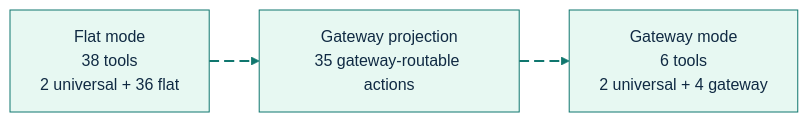
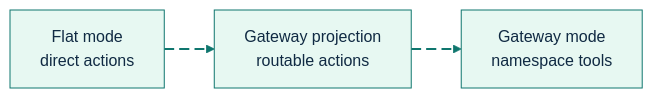
The first of 2 diagrams in docs/feature-deep-dives/tool-gateway.md (GlitterKill/sdl-mcp), drawn with Mermaid before and after one commit. The commit also changed other lines of this file and 9 other files, not shown here.

````diff
--- a/docs/feature-deep-dives/tool-gateway.md
+++ b/docs/feature-deep-dives/tool-gateway.md
@@ -7,19 +7,19 @@
 ```mermaid
 %%{init: {"theme":"base","themeVariables":{"background":"#ffffff","primaryColor":"#E7F8F2","primaryBorderColor":"#0F766E","primaryTextColor":"#102A43","secondaryColor":"#E8F1FF","secondaryBorderColor":"#2563EB","secondaryTextColor":"#102A43","tertiaryColor":"#FFF4D6","tertiaryBorderColor":"#B45309","tertiaryTextColor":"#102A43","lineColor":"#0F766E","textColor":"#102A43","fontFamily":"Inter, ui-sans-serif, system-ui, -apple-system, BlinkMacSystemFont, Segoe UI, sans-serif"},"flowchart":{"curve":"basis","htmlLabels":true}}}%%
 flowchart LR
-    Flat["Flat mode<br/>38 tools<br/>2 universal + 36 flat"]
-    Shrink["Gateway projection<br/>35 gateway-routable actions"]
-    Gateway["Gateway mode<br/>6 tools<br/>2 universal + 4 gateway"]
+    Flat["Flat mode<br/>direct actions"]
+    Shrink["Gateway projection<br/>routable actions"]
+    Gateway["Gateway mode<br/>namespace tools"]
 
     Flat e1@--> Shrink
     Shrink e2@--> Gateway
 
     classDef source fill:#E7F8F2,stroke:#0F766E,stroke-width:2px,color:#102A43;
     classDef process fill:#E8F1FF,stroke:#2563EB,stroke-width:2px,color:#102A43;
     classDef decision fill:#FFF4D6,stroke:#B45309,stroke-width:2px,color:#102A43;
     classDef storage fill:#F2E8FF,stroke:#7C3AED,stroke-width:2px,color:#102A43;
     classDef output fill:#FFE8EF,stroke:#BE123C,stroke-width:2px,color:#102A43;
     classDef muted fill:#F8FAFC,stroke:#64748B,stroke-width:1px,color:#102A43;
     classDef animate stroke:#0F766E,stroke-width:2px,stroke-dasharray:10\,5,stroke-dashoffset:900,animation:dash 22s linear infinite;
     class e1,e2 animate;
 ```
````
